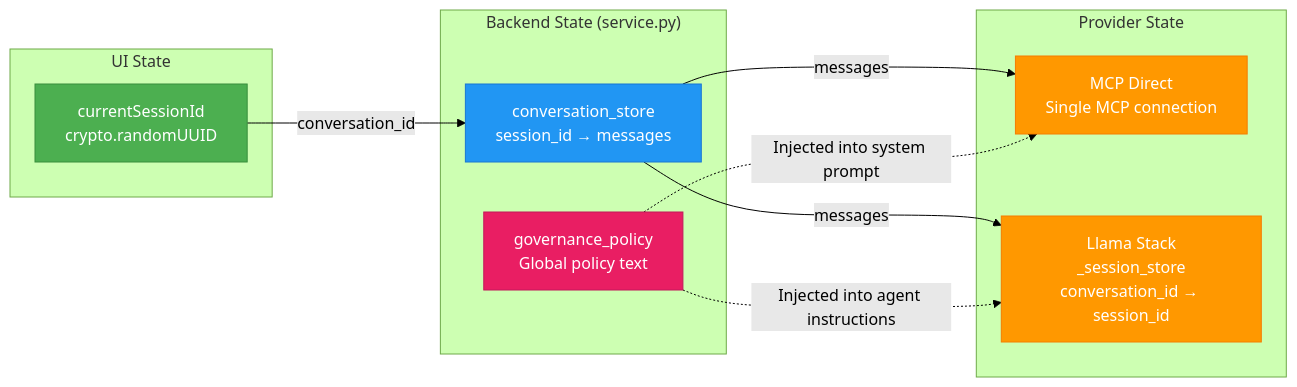
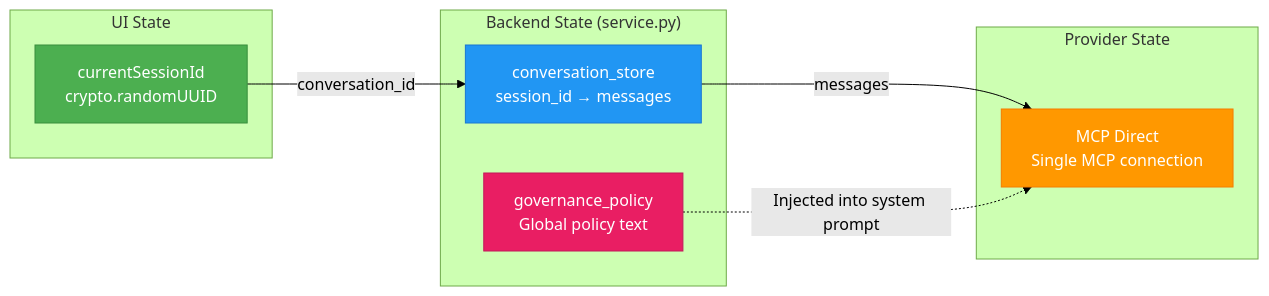
One commit to rh-ai-quickstart/data-governance-co-pilot changed the fourth of 6 diagrams in docs/API_DIAGRAM.md. Above: the diagram before and after it, drawn with Mermaid (forest theme). The commit also changed other lines of this file and 33 other files, not shown here.

Commit message:
Remove MinIO; pin pg-airman-mcp to v1.0.0; make cluster builds reproducible; configurable GPU tolerations; drop Llama Stack from docs

````diff
--- a/docs/API_DIAGRAM.md
+++ b/docs/API_DIAGRAM.md
@@ -139,28 +128,24 @@
 ```mermaid
 graph LR
     subgraph "UI State"
         S1[currentSessionId<br/>crypto.randomUUID]
     end
 
     subgraph "Backend State (service.py)"
         S2[conversation_store<br/>session_id → messages]
         S3[governance_policy<br/>Global policy text]
     end
 
     subgraph "Provider State"
         S4A[MCP Direct<br/>Single MCP connection]
-        S4B[Llama Stack<br/>_session_store<br/>conversation_id → session_id]
     end
 
     S1 -->|conversation_id| S2
     S2 -->|messages| S4A
-    S2 -->|messages| S4B
     S3 -.->|Injected into system prompt| S4A
-    S3 -.->|Injected into agent instructions| S4B
 
     style S1 fill:#4CAF50,stroke:#388E3C,color:#fff
     style S2 fill:#2196F3,stroke:#1976D2,color:#fff
     style S3 fill:#E91E63,stroke:#C2185B,color:#fff
     style S4A fill:#FF9800,stroke:#F57C00,color:#fff
-    style S4B fill:#FF9800,stroke:#F57C00,color:#fff
 ```
````
